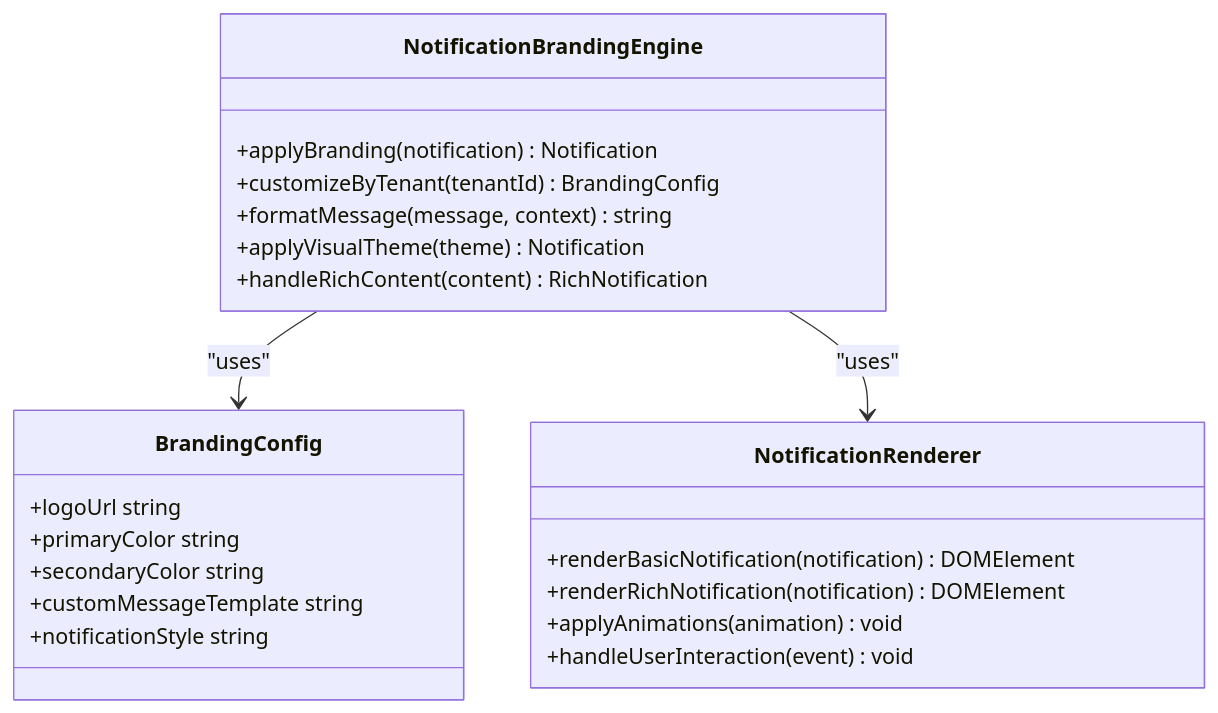
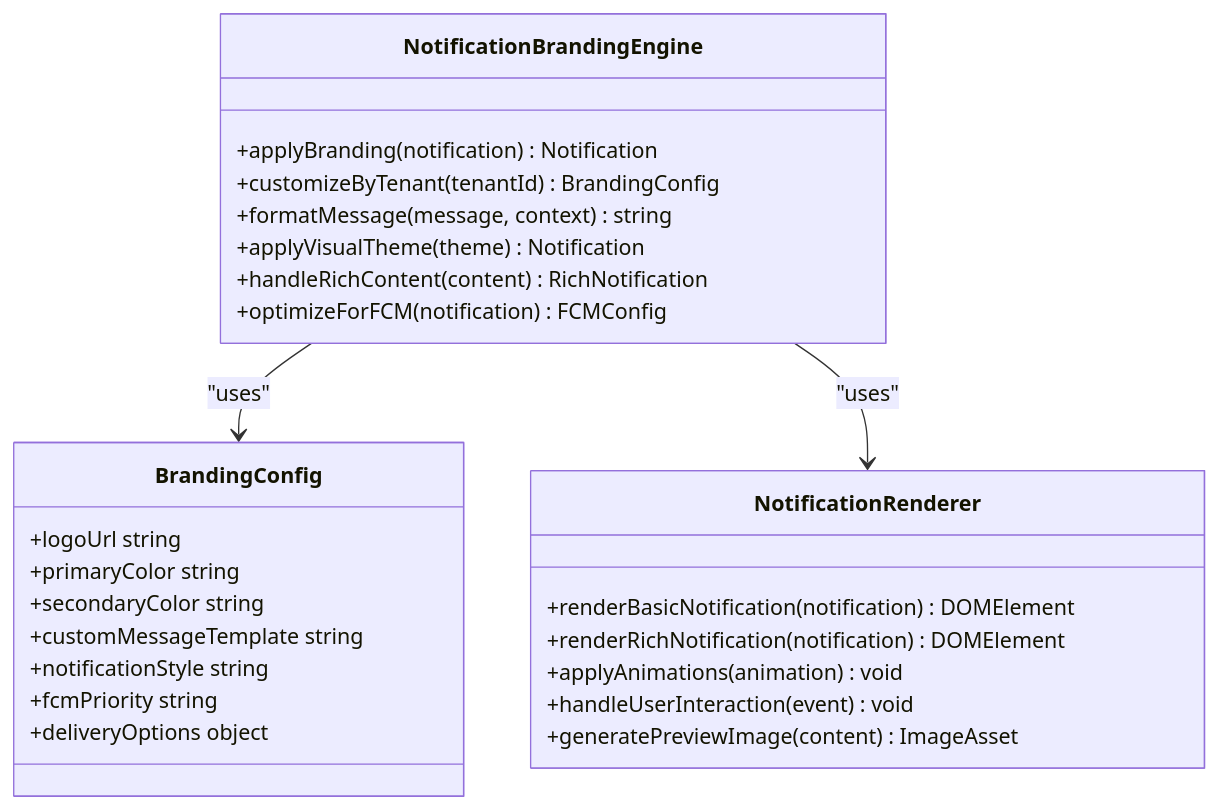
Before and after one commit to raihom-netizen/com.gestaoyahwehios.app: diagram 12 of 16 in .qoder/repowiki/en/content/Cloud Functions & Backend Services/Cloud Functions & Backend Services.md, drawn with Mermaid. The commit also changed other lines of this file and 161 other files, not shown here.

````diff
--- a/.qoder/repowiki/en/content/Cloud Functions & Backend Services/Cloud Functions & Backend Services.md
+++ b/.qoder/repowiki/en/content/Cloud Functions & Backend Services/Cloud Functions & Backend Services.md
@@ -388,25 +492,29 @@
 ```mermaid
 classDiagram
 class NotificationBrandingEngine {
 +applyBranding(notification) Notification
 +customizeByTenant(tenantId) BrandingConfig
 +formatMessage(message, context) string
 +applyVisualTheme(theme) Notification
 +handleRichContent(content) RichNotification
++optimizeForFCM(notification) FCMConfig
 }
 class BrandingConfig {
 +logoUrl string
 +primaryColor string
 +secondaryColor string
 +customMessageTemplate string
 +notificationStyle string
++fcmPriority string
++deliveryOptions object
 }
 class NotificationRenderer {
 +renderBasicNotification(notification) DOMElement
 +renderRichNotification(notification) DOMElement
 +applyAnimations(animation) void
 +handleUserInteraction(event) void
++generatePreviewImage(content) ImageAsset
 }
 NotificationBrandingEngine --> BrandingConfig : "uses"
 NotificationBrandingEngine --> NotificationRenderer : "uses"
 ```
````
